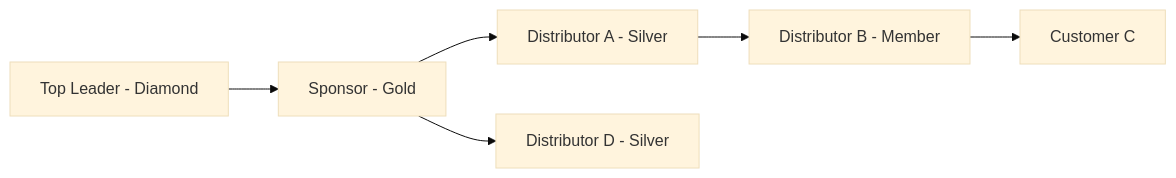
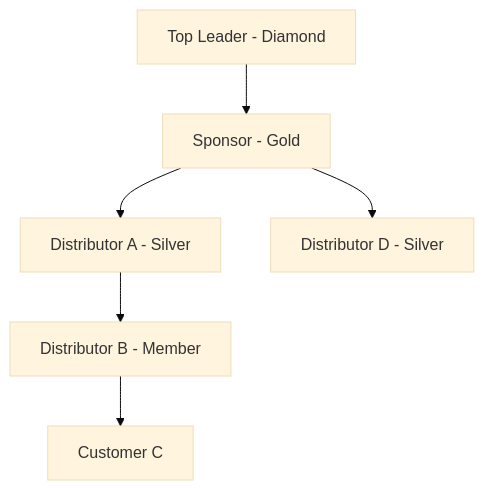
The third of 3 diagrams in content/guides/unilevel.md (mheuss/mlmforge), drawn with Mermaid (base theme) before and after one commit. The commit also changed other lines of this file and 2 other files, not shown here.

Commit message:
docs(guides): fix tree diagram orientation and label
Switch all tree diagrams from LR to TD so visual layout
matches up/down/below spatial language in the text. Fix
remaining 'sponsors' label in stairstep Phase 2 diagram.

````diff
--- a/content/guides/unilevel.md
+++ b/content/guides/unilevel.md
@@ -139,8 +139,8 @@
 ```mermaid
-flowchart LR
+flowchart TD
     TL[Top Leader - Diamond] --> S[Sponsor - Gold]
     S --> A[Distributor A - Silver]
     S --> D[Distributor D - Silver]
     A --> B[Distributor B - Member]
     B --> CC[Customer C]
 ```
````
